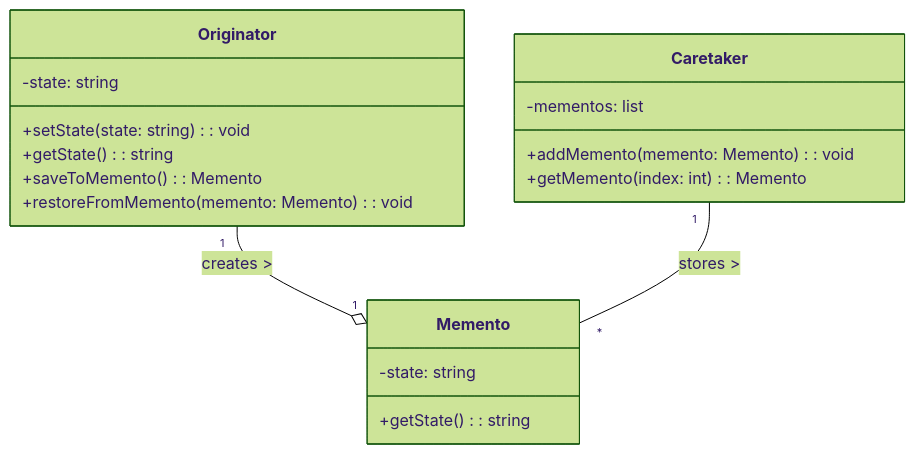
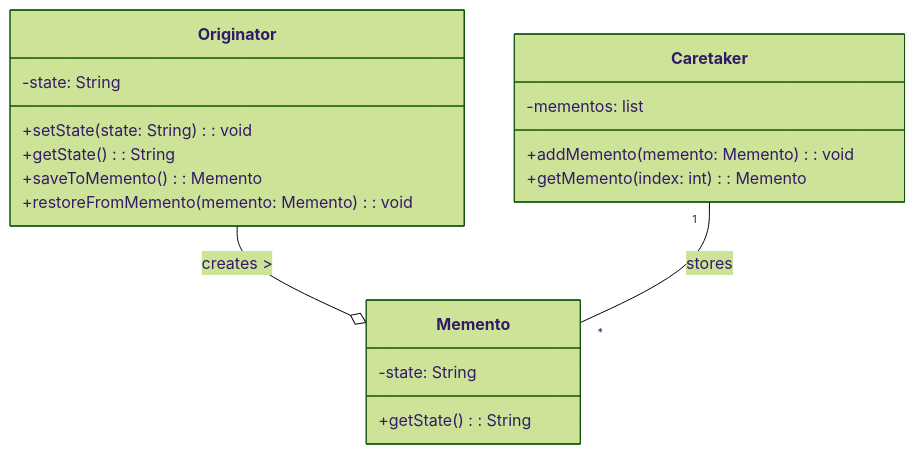
One commit to nguyenphuc22/Design-Patterns changed the third of 3 diagrams in Writerside/topics/Memento.md. Above: the diagram before and after it, drawn with Mermaid (forest theme). The commit also changed other lines of this file and 1 other file, not shown here.

Commit message:
Update file paths and fix formatting in Memento.md

````diff
--- a/Writerside/topics/Memento.md
+++ b/Writerside/topics/Memento.md
@@ -45,24 +68,22 @@
 ```mermaid
 classDiagram
     class Originator {
-        -state: string
-        +setState(state: string): void
-        +getState(): string
-        +saveToMemento(): Memento
-        +restoreFromMemento(memento: Memento): void
+      -state: String
+      +setState(state: String): void
+      +getState(): String
+      +saveToMemento(): Memento
+      +restoreFromMemento(memento: Memento): void
+    }
+    class Memento {
+      -state: String
+      +getState(): String
+    }
+    class Caretaker {
+      -mementos: list
+      +addMemento(memento: Memento): void
+      +getMemento(index: int): Memento
     }
 
-    class Memento {
-        -state: string
-        +getState(): string
-    }
-
-    class Caretaker {
-        -mementos: list
-        +addMemento(memento: Memento): void
-        +getMemento(index: int): Memento
-    }
-
-    Originator "1" --o "1" Memento : creates >
-    Caretaker "1" -- "*" Memento : stores >
+    Originator --o Memento : creates >
+    Caretaker "1" -- "*" Memento : stores
 ```
````
